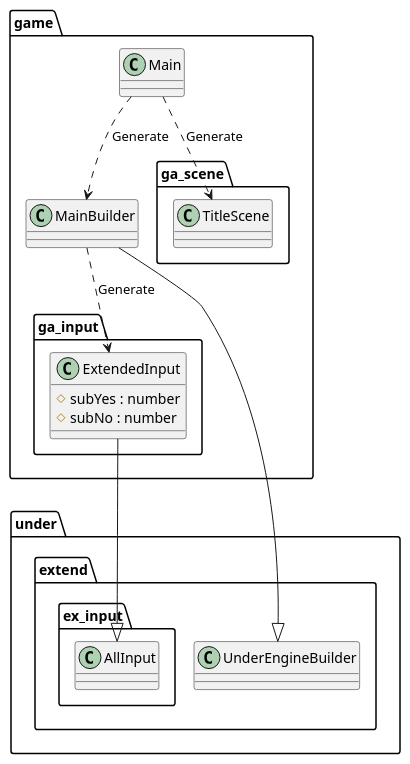
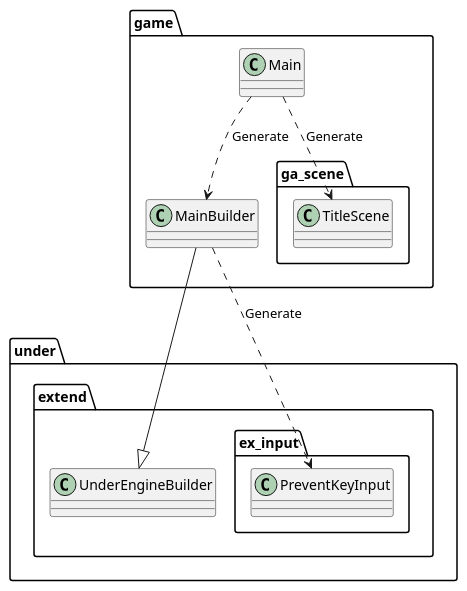
One commit to Expine/Under changed the diagram in uml/gamebase/Game.wsd. Above: the diagram before and after it, drawn with PlantUML. The commit also changed 48 other files, not shown here.

Commit message:
Abstract key and mouse input and separate it, add prevented key

```diff
--- a/uml/gamebase/Game.wsd
+++ b/uml/gamebase/Game.wsd
@@ -1,37 +1,30 @@
 @startuml GameBaseGame
 
 package game {
     class Main
     class MainBuilder
-    package ga_input {
-        class ExtendedInput {
-            #subYes : number
-            #subNo : number
-        }
-    }
 }
 
 package under {
     package extend {
         class UnderEngineBuilder
         package ex_input {
-            class AllInput
+            class PreventKeyInput
         }
     }
 }
 
 package game {
     package ga_scene {
         class TitleScene
     }
 }
 
 
 Main ..> MainBuilder : Generate
 Main ..> TitleScene : Generate
-MainBuilder ..> ExtendedInput : Generate
+MainBuilder ..> PreventKeyInput : Generate
 
 MainBuilder --|> UnderEngineBuilder
-ExtendedInput --|> AllInput
 
 @enduml
```
